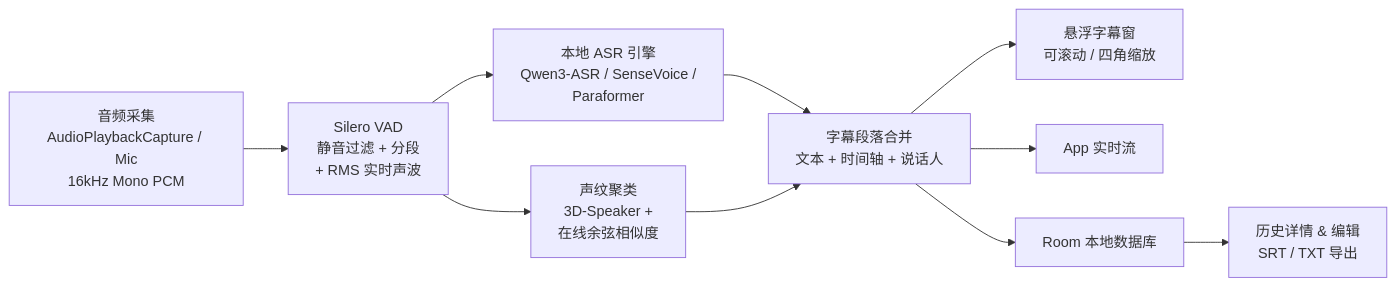
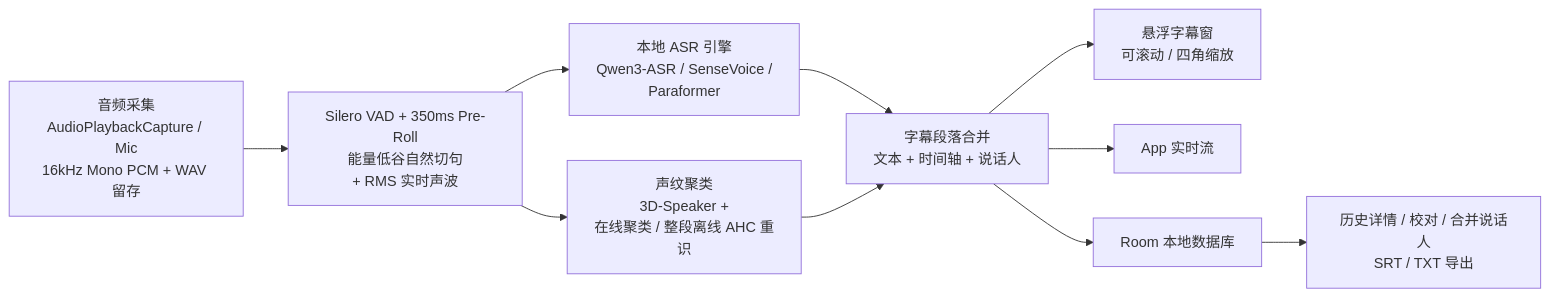
One commit to SaitoTommo/Android_Local_Live_Caption changed the diagram in README.md. Above: the diagram before and after it, drawn with Mermaid. The commit also changed other lines of this file, not shown here.

Commit message:
docs: update README with whole-session rediarization, speaker merge, inline edit, and pre-roll VAD

````diff
--- a/README.md
+++ b/README.md
@@ -58,12 +63,12 @@
 ```mermaid
 flowchart LR
-    A["音频采集<br/>AudioPlaybackCapture / Mic<br/>16kHz Mono PCM"] --> B["Silero VAD<br/>静音过滤 + 分段<br/>+ RMS 实时声波"]
+    A["音频采集<br/>AudioPlaybackCapture / Mic<br/>16kHz Mono PCM + WAV 留存"] --> B["Silero VAD + 350ms Pre-Roll<br/>能量低谷自然切句<br/>+ RMS 实时声波"]
     B --> C["本地 ASR 引擎<br/>Qwen3-ASR / SenseVoice /<br/>Paraformer"]
-    B --> D["声纹聚类<br/>3D-Speaker +<br/>在线余弦相似度"]
+    B --> D["声纹聚类<br/>3D-Speaker +<br/>在线聚类 / 整段离线 AHC 重识"]
     C --> E["字幕段落合并<br/>文本 + 时间轴 + 说话人"]
     D --> E
     E --> F["悬浮字幕窗<br/>可滚动 / 四角缩放"]
     E --> G["App 实时流"]
     E --> H["Room 本地数据库"]
-    H --> I["历史详情 & 编辑<br/>SRT / TXT 导出"]
+    H --> I["历史详情 / 校对 / 合并说话人<br/>SRT / TXT 导出"]
 ```
````
